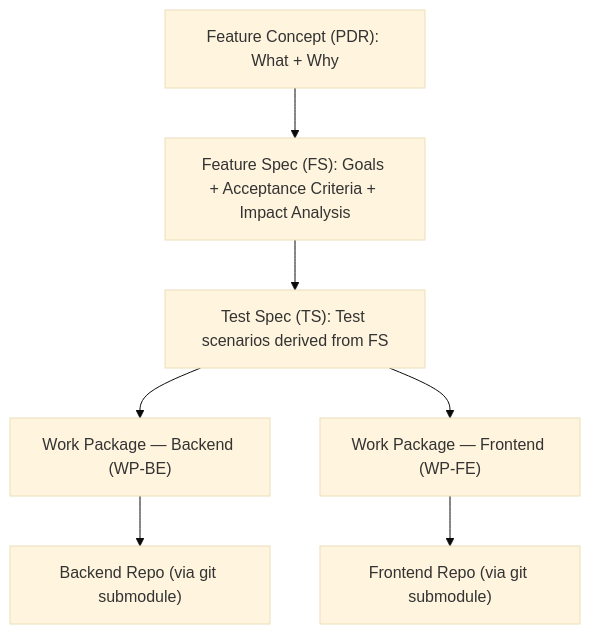
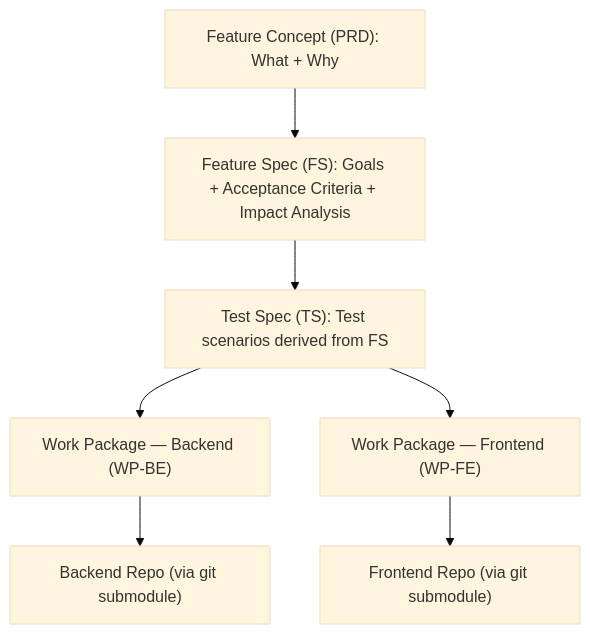
The diagram in README.md (tankibaj/spec-driven-development), drawn with Mermaid (base theme) before and after one commit. The commit also changed other lines of this file and 31 other files, not shown here.

First line of the commit message:
refactor: rename skills to prd/spec/plan/implement and migrate PDR to PRD

````diff
--- a/README.md
+++ b/README.md
@@ -44,9 +44,9 @@
 ```mermaid
 flowchart TD
-    PDR["Feature Concept (PDR): What + Why"] --> FS["Feature Spec (FS): Goals + Acceptance Criteria + Impact Analysis"]
+    PRD["Feature Concept (PRD): What + Why"] --> FS["Feature Spec (FS): Goals + Acceptance Criteria + Impact Analysis"]
     FS --> TS["Test Spec (TS): Test scenarios derived from FS"]
     TS --> BE["Work Package — Backend (WP-BE)"]
     TS --> FE["Work Package — Frontend (WP-FE)"]
     BE --> BR["Backend Repo (via git submodule)"]
     FE --> FR["Frontend Repo (via git submodule)"]
 ```
````
